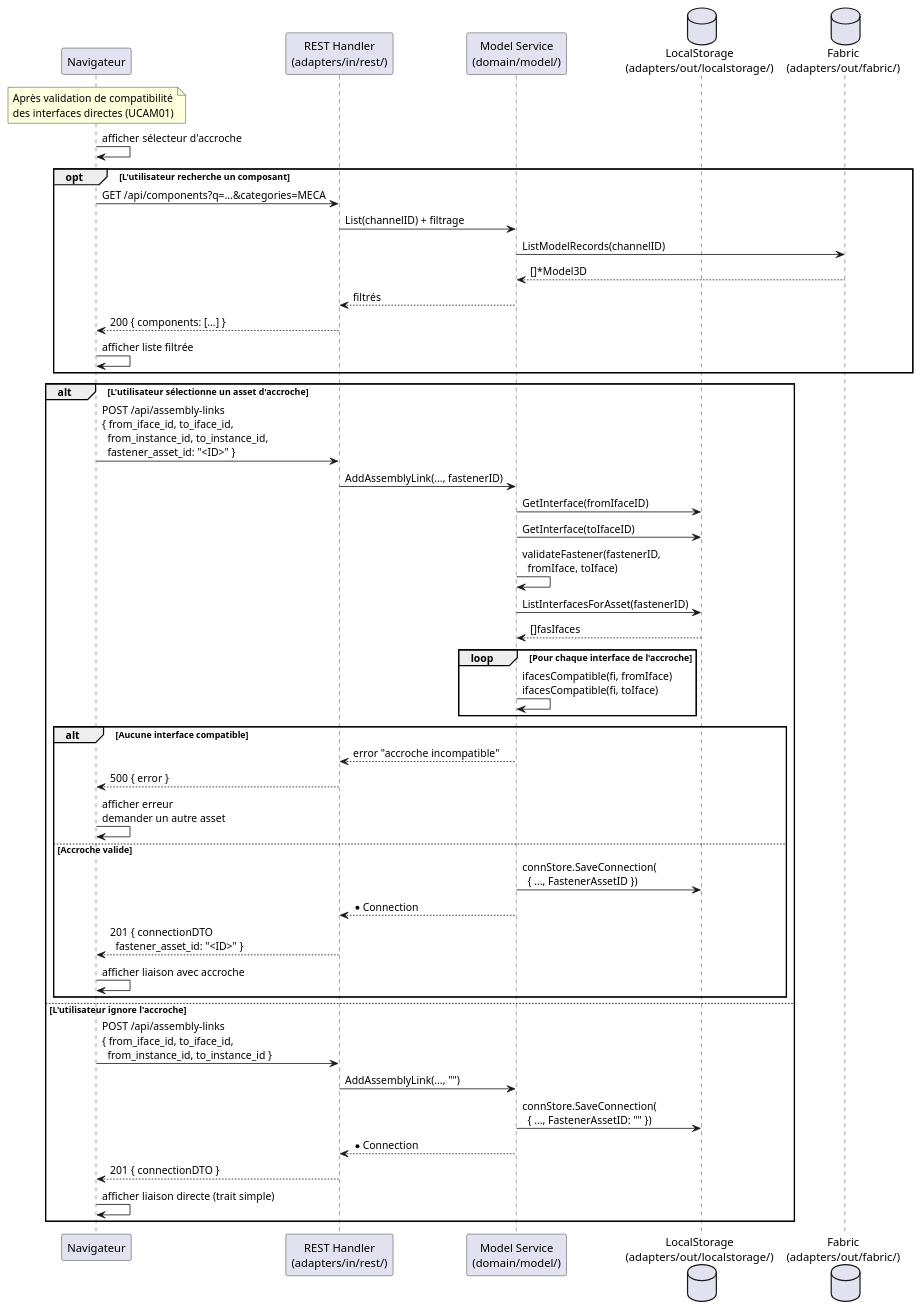
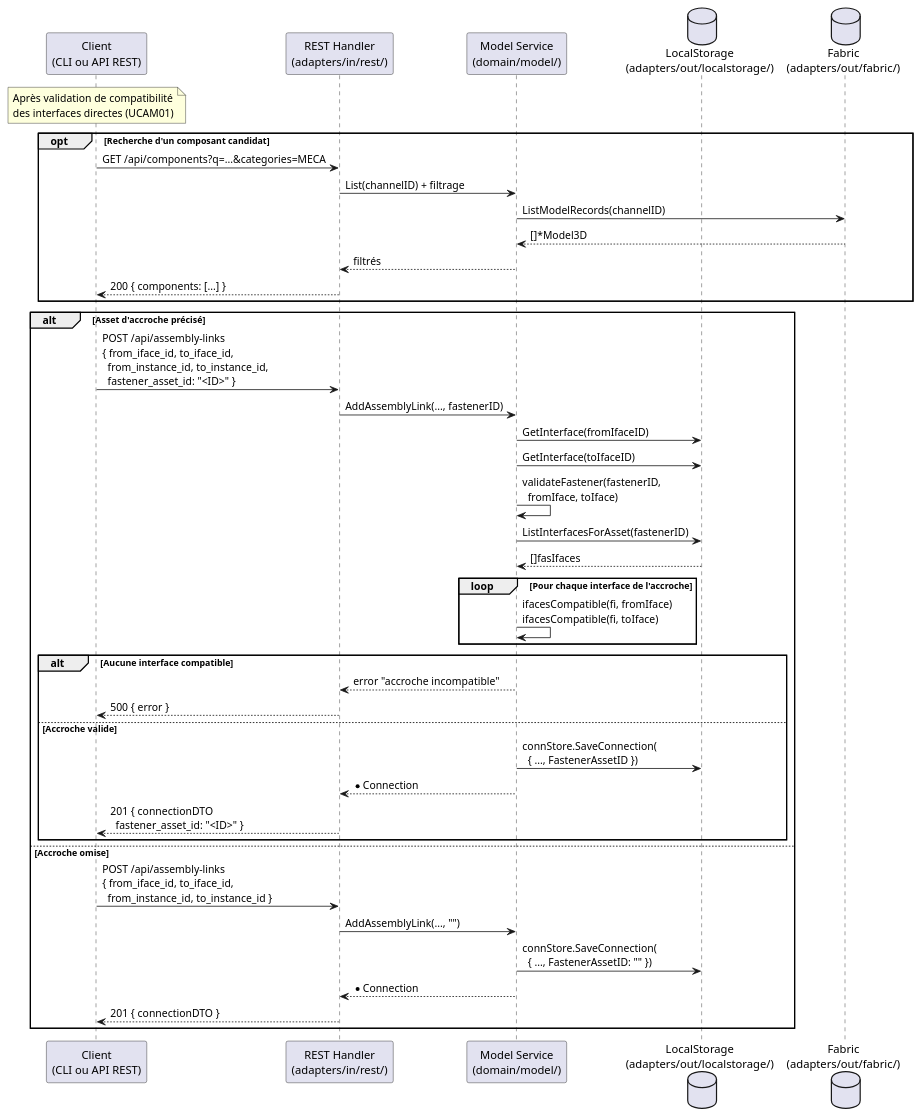
Before and after one commit to olivaux/myr: the second of 2 diagrams in specs/2-Analyse/UCAM-Atelier_Module/UCAM07.md, drawn with PlantUML. The commit also changed other lines of this file and 72 other files, not shown here.

````diff
--- a/specs/2-Analyse/UCAM-Atelier_Module/UCAM07.md
+++ b/specs/2-Analyse/UCAM-Atelier_Module/UCAM07.md
@@ -108,65 +98,59 @@
 ```plantuml
 @startuml
-participant "Navigateur" as Browser
+participant "Client\n(CLI ou API REST)" as Client
 participant "REST Handler\n(adapters/in/rest/)" as REST
 participant "Model Service\n(domain/model/)" as Service
 database "LocalStorage\n(adapters/out/localstorage/)" as Local
 database "Fabric\n(adapters/out/fabric/)" as Fabric
 
-note over Browser : Après validation de compatibilité\ndes interfaces directes (UCAM01)
+note over Client : Après validation de compatibilité\ndes interfaces directes (UCAM01)
 
-Browser -> Browser : afficher sélecteur d'accroche
-
-opt L'utilisateur recherche un composant
-    Browser -> REST : GET /api/components?q=...&categories=MECA
+opt Recherche d'un composant candidat
+    Client -> REST : GET /api/components?q=...&categories=MECA
     REST -> Service : List(channelID) + filtrage
     Service -> Fabric : ListModelRecords(channelID)
     Fabric --> Service : []*Model3D
     Service --> REST : filtrés
-    REST --> Browser : 200 { components: [...] }
-    Browser -> Browser : afficher liste filtrée
+    REST --> Client : 200 { components: [...] }
 end
 
-alt L'utilisateur sélectionne un asset d'accroche
+alt Asset d'accroche précisé
 
-    Browser -> REST : POST /api/assembly-links\n{ from_iface_id, to_iface_id,\n  from_instance_id, to_instance_id,\n  fastener_asset_id: "<ID>" }
+    Client -> REST : POST /api/assembly-links\n{ from_iface_id, to_iface_id,\n  from_instance_id, to_instance_id,\n  fastener_asset_id: "<ID>" }
 
     REST -> Service : AddAssemblyLink(..., fastenerID)
 
     Service -> Local : GetInterface(fromIfaceID)
     Service -> Local : GetInterface(toIfaceID)
 
     Service -> Service : validateFastener(fastenerID,\n  fromIface, toIface)
 
     Service -> Local : ListInterfacesForAsset(fastenerID)
     Local --> Service : []fasIfaces
 
     loop Pour chaque interface de l'accroche
         Service -> Service : ifacesCompatible(fi, fromIface)\nifacesCompatible(fi, toIface)
     end
 
     alt Aucune interface compatible
         Service --> REST : error "accroche incompatible"
-        REST --> Browser : 500 { error }
-        Browser -> Browser : afficher erreur\ndemander un autre asset
+        REST --> Client : 500 { error }
     else Accroche valide
         Service -> Local : connStore.SaveConnection(\n  { ..., FastenerAssetID })
         Service --> REST : *Connection
-        REST --> Browser : 201 { connectionDTO\n  fastener_asset_id: "<ID>" }
-        Browser -> Browser : afficher liaison avec accroche
+        REST --> Client : 201 { connectionDTO\n  fastener_asset_id: "<ID>" }
     end
 
-else L'utilisateur ignore l'accroche
+else Accroche omise
 
-    Browser -> REST : POST /api/assembly-links\n{ from_iface_id, to_iface_id,\n  from_instance_id, to_instance_id }
+    Client -> REST : POST /api/assembly-links\n{ from_iface_id, to_iface_id,\n  from_instance_id, to_instance_id }
 
     REST -> Service : AddAssemblyLink(..., "")
     Service -> Local : connStore.SaveConnection(\n  { ..., FastenerAssetID: "" })
     Service --> REST : *Connection
-    REST --> Browser : 201 { connectionDTO }
-    Browser -> Browser : afficher liaison directe (trait simple)
+    REST --> Client : 201 { connectionDTO }
 
 end
 
 @enduml
 ```
````
